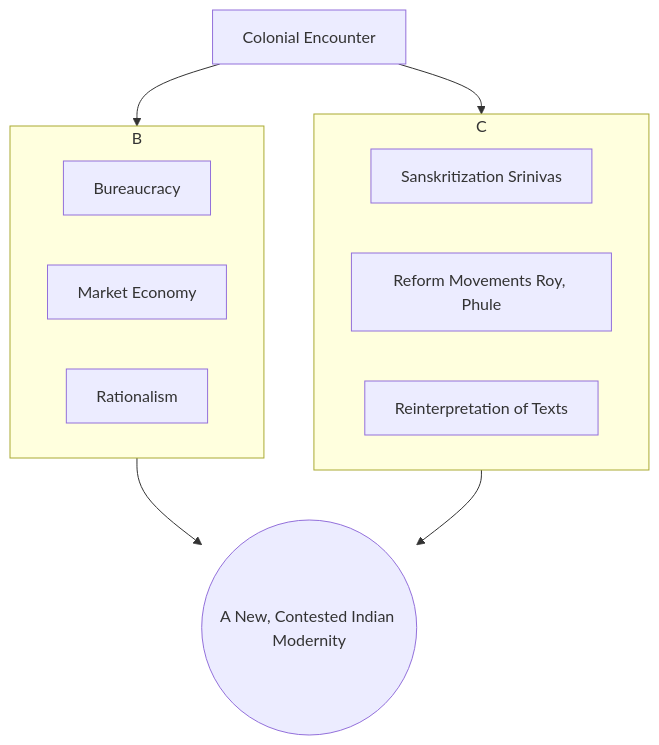
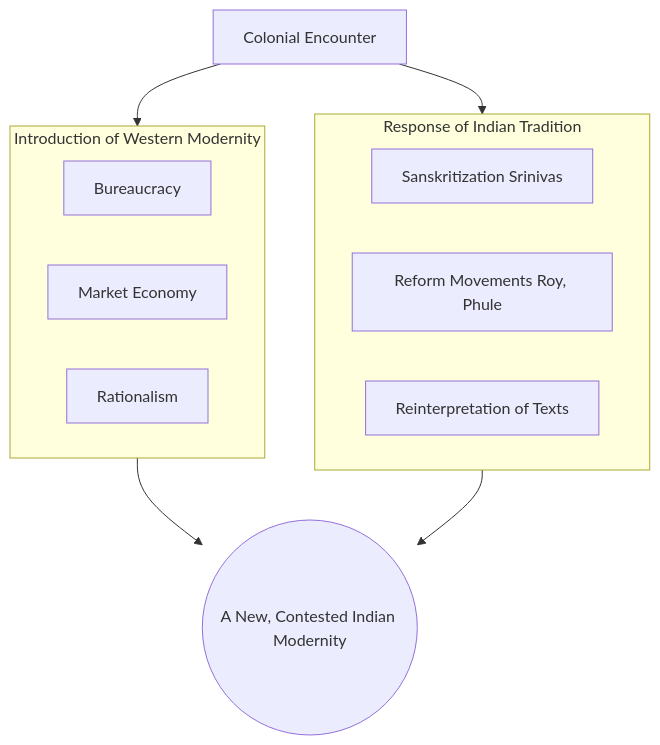
Before and after one commit to elevate0123/CSE: the third of 14 diagrams in 06 Sociology/Value Addition/Paper 2 Crisp Notes.md, drawn with Mermaid. The commit also changed other lines of this file and 16 other files, not shown here.

````diff
--- a/06 Sociology/Value Addition/Paper 2 Crisp Notes.md
+++ b/06 Sociology/Value Addition/Paper 2 Crisp Notes.md
@@ -231,21 +231,21 @@
 ```mermaid
 	graph TD
     A[Colonial Encounter];
     A --> B{Introduction of Western Modernity};
     A --> C{Response of Indian Tradition};
     
     B --> D((A New, Contested Indian Modernity));
     C --> D;
 
-    subgraph B
+    subgraph B[Introduction of Western Modernity]
         B1[Bureaucracy]
         B2[Market Economy]
         B3[Rationalism]
     end
 
-    subgraph C
+    subgraph C[Response of Indian Tradition]
         C1[Sanskritization Srinivas]
         C2[Reform Movements Roy, Phule]
         C3[Reinterpretation of Texts]
     end
 ```
````
